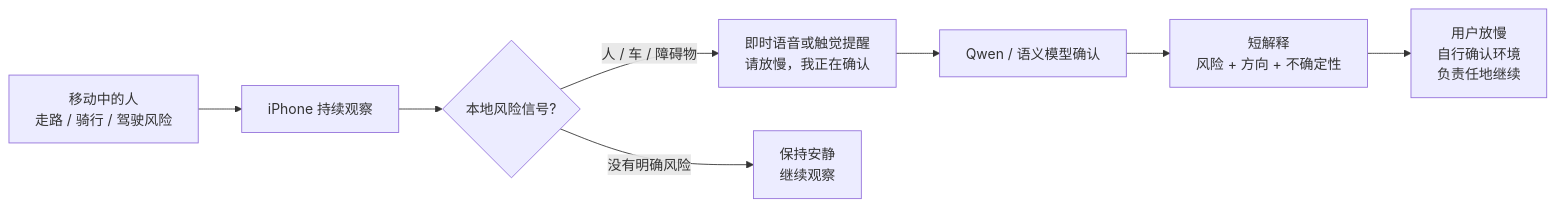
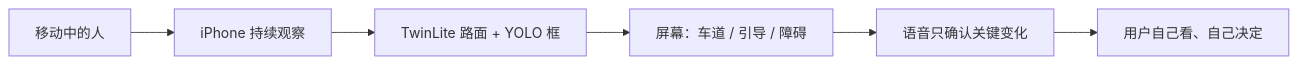
Before and after one commit to ynshi57/onepiece: the diagram in docs/architecture/design-pack/01-product-flow.md, drawn with Mermaid. The commit also changed other lines of this file and 60 other files, not shown here.

````diff
--- a/docs/architecture/design-pack/01-product-flow.md
+++ b/docs/architecture/design-pack/01-product-flow.md
@@ -11,10 +11,8 @@
 ```mermaid
 flowchart LR
-    A[移动中的人\n走路 / 骑行 / 驾驶风险] --> B[iPhone 持续观察]
-    B --> C{本地风险信号?}
-    C -->|人 / 车 / 障碍物| D[即时语音或触觉提醒\n请放慢，我正在确认]
-    C -->|没有明确风险| E[保持安静\n继续观察]
-    D --> F[Qwen / 语义模型确认]
-    F --> G[短解释\n风险 + 方向 + 不确定性]
-    G --> H[用户放慢\n自行确认环境\n负责任地继续]
+    A[移动中的人] --> B[iPhone 持续观察]
+    B --> C[TwinLite 路面 + YOLO 框]
+    C --> D[屏幕：车道 / 引导 / 障碍]
+    D --> E[语音只确认关键变化]
+    E --> F[用户自己看、自己决定]
 ```
````
